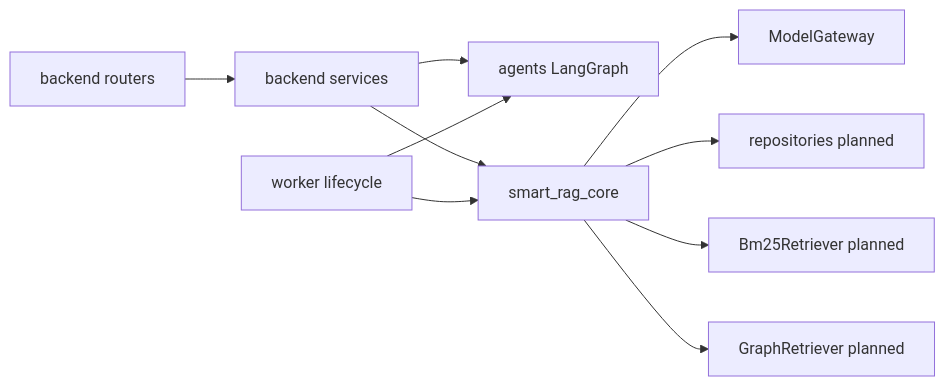
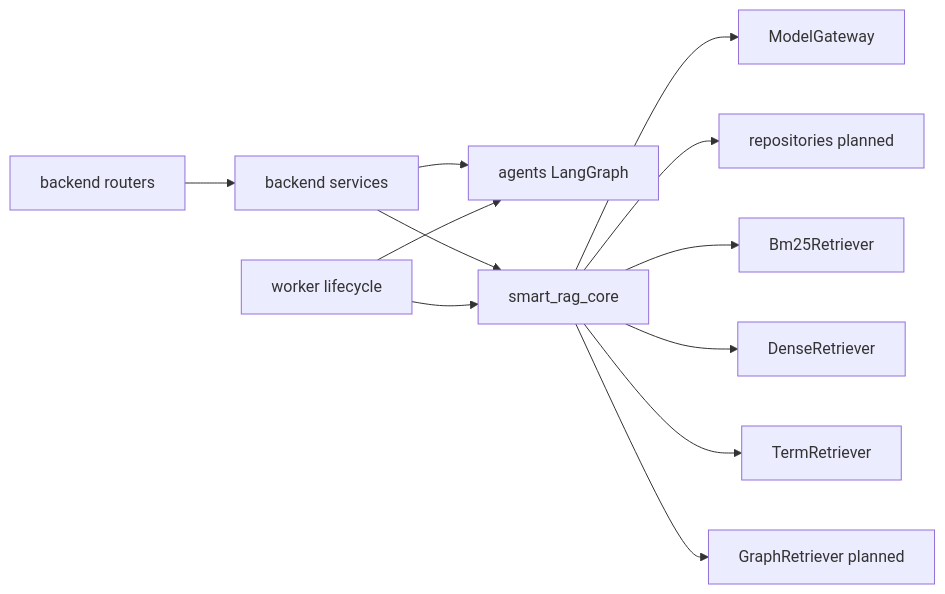
The diagram in docs/architecture/03-components.md (Nagdy8888/smart-rag), drawn with Mermaid before and after one commit. The commit also changed other lines of this file and 28 other files, not shown here.

First line of the commit message:
Implement Phase 4 Packet 2 versioned dense, BM25, and term retrieval.

````diff
--- a/docs/architecture/03-components.md
+++ b/docs/architecture/03-components.md
@@ -11,12 +11,14 @@
 ```mermaid
 flowchart LR
   routers["backend routers"] --> services["backend services"]
   services --> graphs["agents LangGraph"]
   services --> core["smart_rag_core"]
   worker["worker lifecycle"] --> graphs
   worker --> core
   core --> gw["ModelGateway"]
   core --> repos["repositories planned"]
-  core --> bm25["Bm25Retriever planned"]
+  core --> bm25["Bm25Retriever"]
+  core --> dense["DenseRetriever"]
+  core --> terms["TermRetriever"]
   core --> graphR["GraphRetriever planned"]
 ```
````
